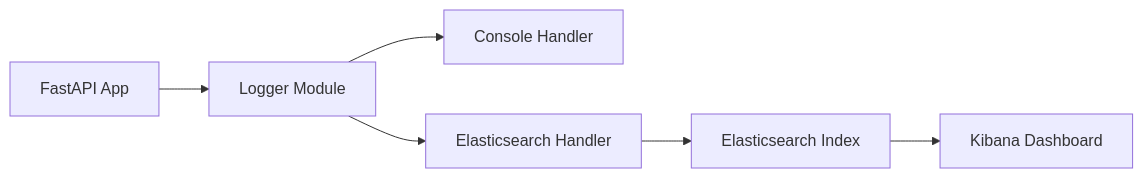
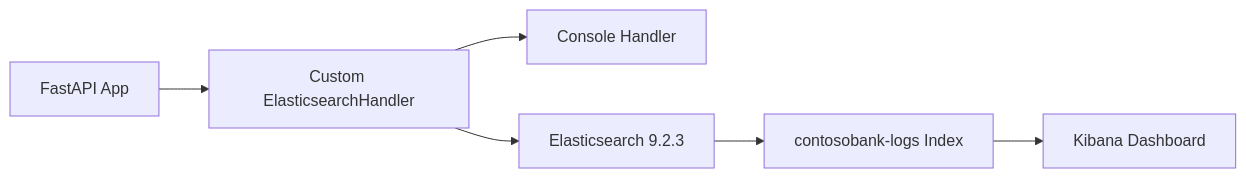
One commit to drewelewis/ContosoBankAPI changed the sixth of 6 diagrams in README.md. Above: the diagram before and after it, drawn with Mermaid. The commit also changed other lines of this file and 17 other files, not shown here.

````diff
--- a/README.md
+++ b/README.md
@@ -395,8 +517,8 @@
 ```mermaid
 graph LR
-    A[FastAPI App] --> B[Logger Module]
+    A[FastAPI App] --> B[Custom ElasticsearchHandler]
     B --> C[Console Handler]
-    B --> D[Elasticsearch Handler]
-    D --> E[Elasticsearch Index]
+    B --> D[Elasticsearch 9.2.3]
+    D --> E[contosobank-logs Index]
     E --> F[Kibana Dashboard]
 ```
````
